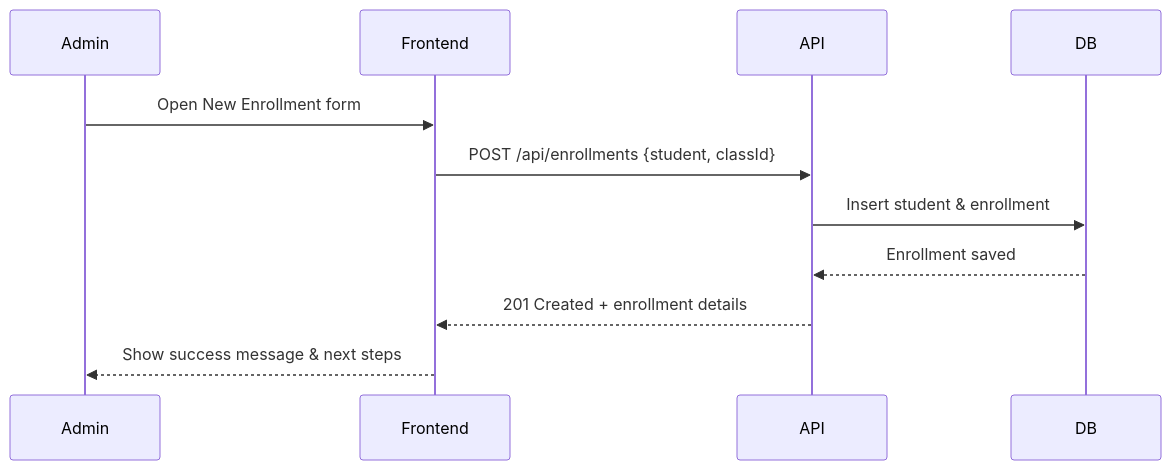
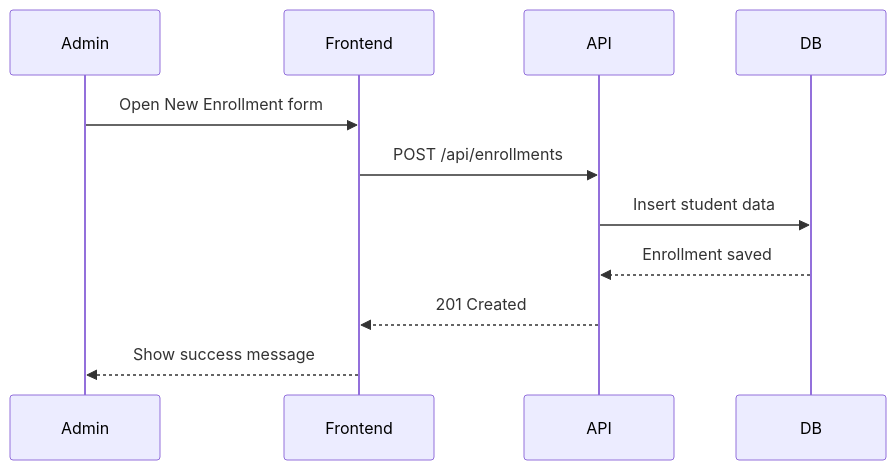
One commit to ashwanik0777/school-management changed the third of 3 diagrams in README.md. Above: the diagram before and after it, drawn with Mermaid. The commit also changed other lines of this file, not shown here.

````diff
--- a/README.md
+++ b/README.md
@@ -385,13 +385,13 @@
 ```mermaid
 sequenceDiagram
   participant Admin
   participant Frontend
   participant API
   participant DB
   Admin->>Frontend: Open New Enrollment form
-  Frontend->>API: POST /api/enrollments {student, classId}
-  API->>DB: Insert student & enrollment
+  Frontend->>API: POST /api/enrollments
+  API->>DB: Insert student data
   DB-->>API: Enrollment saved
-  API-->>Frontend: 201 Created + enrollment details
-  Frontend-->>Admin: Show success message & next steps
+  API-->>Frontend: 201 Created
+  Frontend-->>Admin: Show success message
 ```
````
